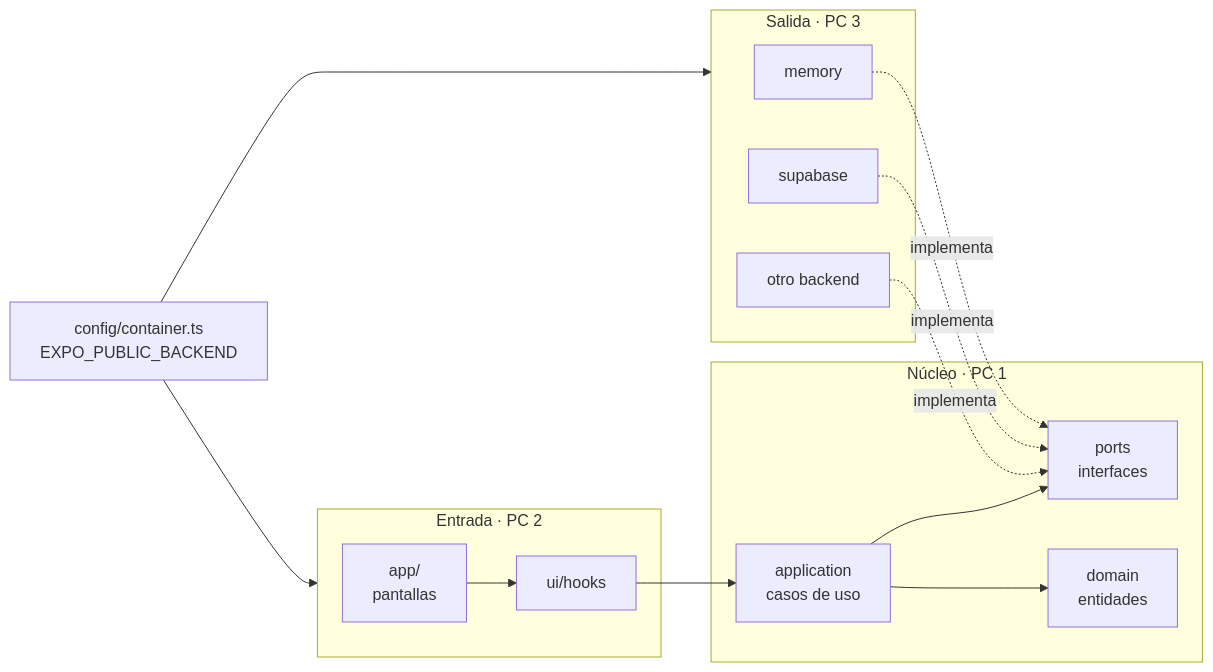
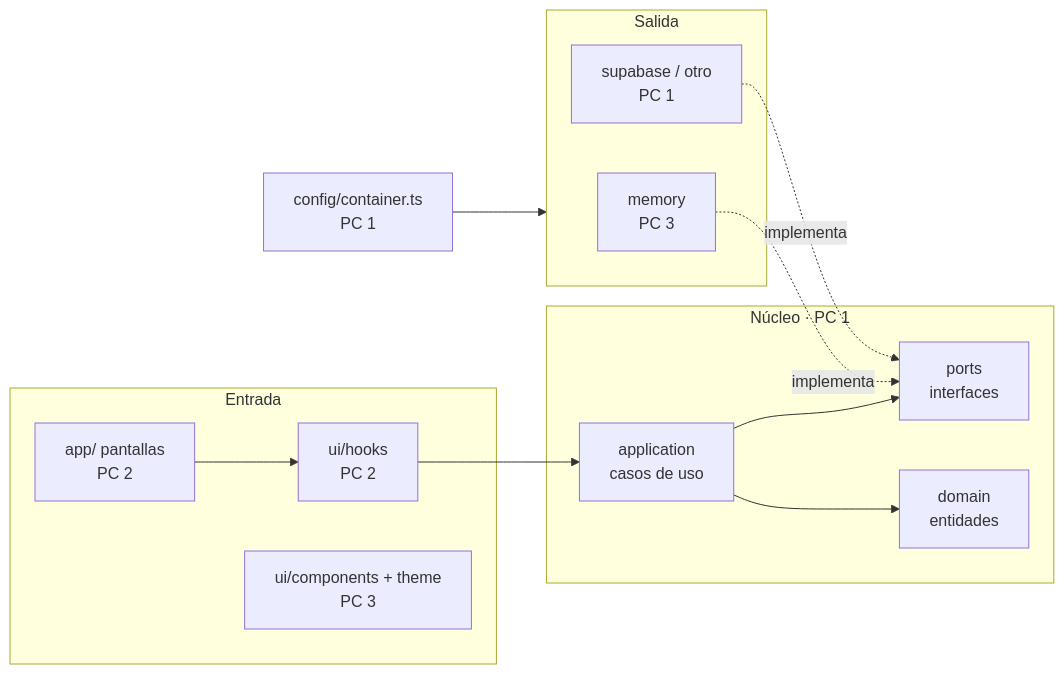
One commit to Izanml13/Vault-sbit changed the diagram in 01 - Planificación/Reparto por PCs.md. Above: the diagram before and after it, drawn with Mermaid. The commit also changed other lines of this file, not shown here.

````diff
--- a/01 - Planificación/Reparto por PCs.md
+++ b/01 - Planificación/Reparto por PCs.md
@@ -18,21 +34,19 @@
 ```mermaid
 flowchart LR
-  subgraph IN[Entrada · PC 2]
-    APP[app/<br/>pantallas] --> HOOK[ui/hooks]
+  subgraph IN[Entrada]
+    APP[app/ pantallas<br/>PC 2] --> HOOK[ui/hooks<br/>PC 2]
+    COMP[ui/components + theme<br/>PC 3]
   end
   subgraph CORE[Núcleo · PC 1]
     UC[application<br/>casos de uso] --> PORT[ports<br/>interfaces]
     UC --> DOM[domain<br/>entidades]
   end
-  subgraph OUT[Salida · PC 3]
-    MEM[memory]
-    SUP[supabase]
-    OTRO[otro backend]
+  subgraph OUT[Salida]
+    MEM[memory<br/>PC 3]
+    SUP[supabase / otro<br/>PC 1]
   end
   HOOK --> UC
   MEM -. implementa .-> PORT
   SUP -. implementa .-> PORT
-  OTRO -. implementa .-> PORT
-  CFG[config/container.ts<br/>EXPO_PUBLIC_BACKEND] --> OUT
-  CFG --> IN
+  CFG[config/container.ts<br/>PC 1] --> OUT
 ```
````
